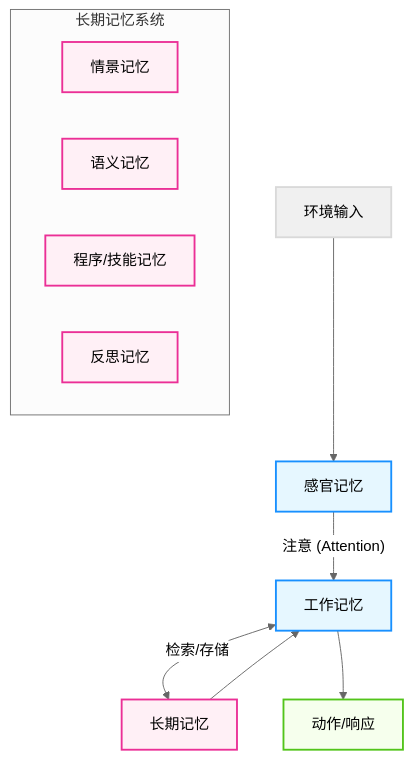
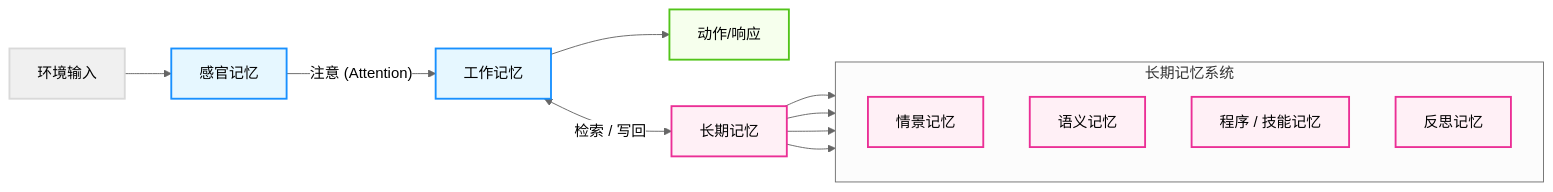
Before and after one commit to yeasy/agentic_ai_guide: the diagram in 03_memory/3.1_memory_models.md, drawn with Mermaid (neutral theme). The commit also changed 5 other files, not shown here.

````diff
--- a/03_memory/3.1_memory_models.md
+++ b/03_memory/3.1_memory_models.md
@@ -37,27 +37,30 @@
 ```mermaid
-graph TD
-    %% Agentic Design System
+flowchart LR
     classDef env fill:#f0f0f0,stroke:#d9d9d9,stroke-width:2px;
     classDef agent fill:#e6f7ff,stroke:#1890ff,stroke-width:2px;
     classDef memory fill:#fff0f6,stroke:#eb2f96,stroke-width:2px;
     classDef tool fill:#f6ffed,stroke:#52c41a,stroke-width:2px;
 
     Input["环境输入"] --> Sensory["感官记忆"]
     Sensory -->|"注意 (Attention)"| Working["工作记忆"]
-    Working <-->|"检索/存储"| LongTerm["长期记忆"]
-    
+    Working --> Output["动作/响应"]
+    Working <-->|"检索 / 写回"| LongTerm["长期记忆"]
+
     subgraph LongTermSystem ["长期记忆系统"]
+        direction TB
         Episodic["情景记忆"]
         Semantic["语义记忆"]
-        Procedural["程序/技能记忆"]
+        Procedural["程序 / 技能记忆"]
         Reflective["反思记忆"]
     end
-    
-    Working --> Output["动作/响应"]
-    LongTerm --> Working
+
+    LongTerm --> Episodic
+    LongTerm --> Semantic
+    LongTerm --> Procedural
+    LongTerm --> Reflective
 
     class Input env;
     class Sensory,Working agent;
     class LongTerm,Episodic,Semantic,Procedural,Reflective memory;
     class Output tool;
 ```
````
